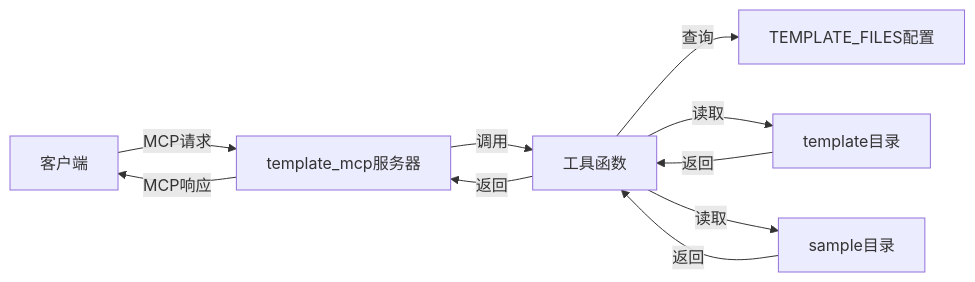
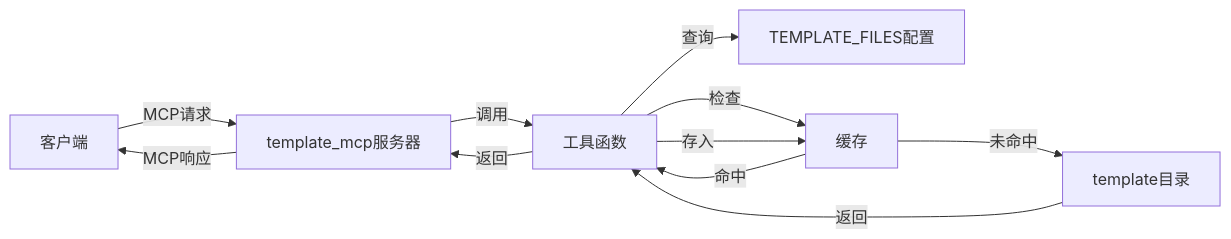
The second of 6 diagrams in .qoder/repowiki/zh/content/API参考/代码模板生成API.md (junerver/multi_mcp_server), drawn with Mermaid before and after one commit. The commit also changed other lines of this file and 9 other files, not shown here.

````diff
--- a/.qoder/repowiki/zh/content/API参考/代码模板生成API.md
+++ b/.qoder/repowiki/zh/content/API参考/代码模板生成API.md
@@ -73,12 +82,13 @@
 ```mermaid
 graph LR
 Client[客户端] --> |MCP请求| Server[template_mcp服务器]
 Server --> |调用| Tool[工具函数]
 Tool --> |查询| Config[TEMPLATE_FILES配置]
-Tool --> |读取| Template[template目录]
-Tool --> |读取| Sample[sample目录]
+Tool --> |检查| Cache[缓存]
+Cache --> |命中| Tool
+Cache --> |未命中| Template[template目录]
 Template --> |返回| Tool
-Sample --> |返回| Tool
+Tool --> |存入| Cache
 Tool --> |返回| Server
 Server --> |MCP响应| Client
 ```
````
